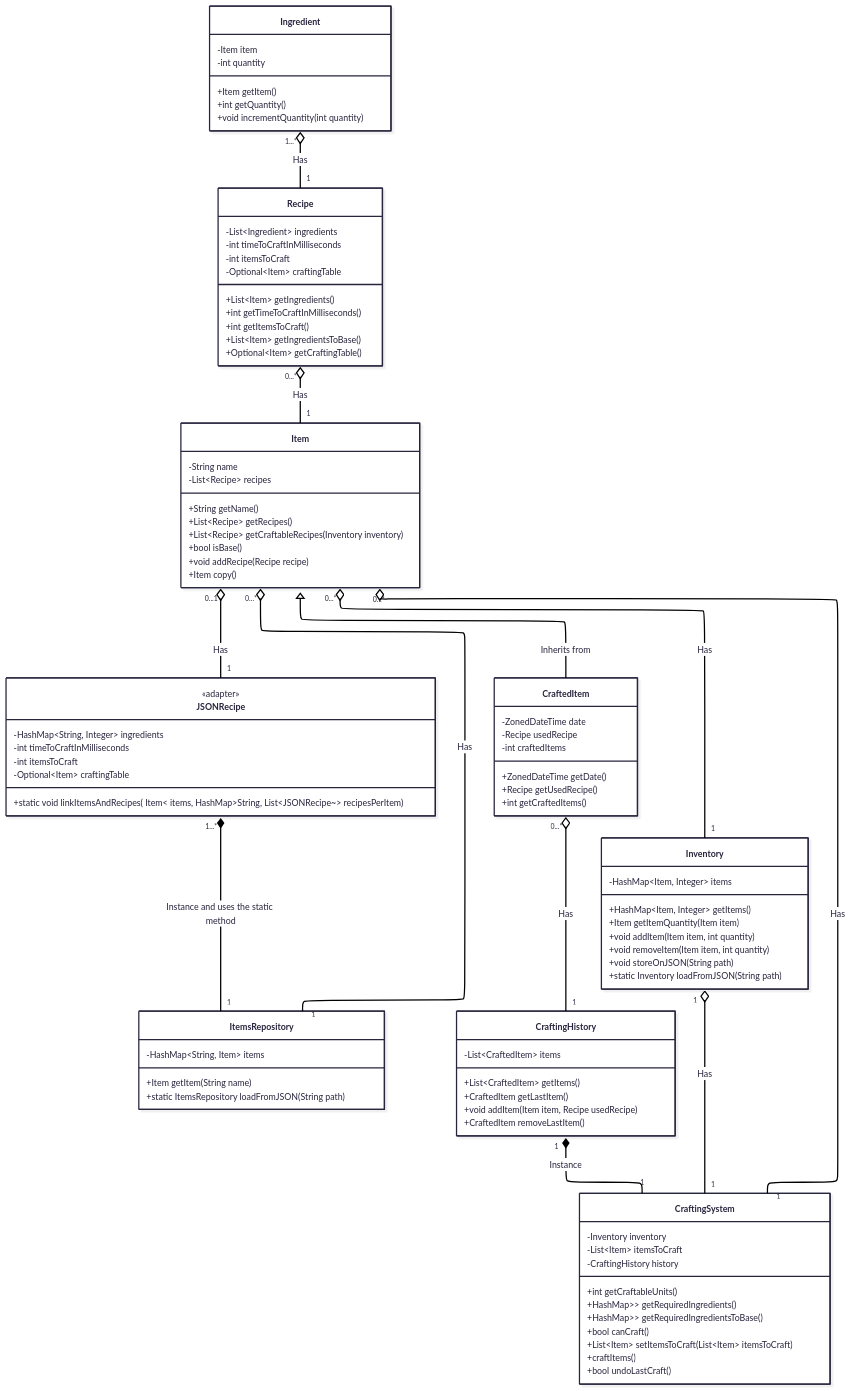
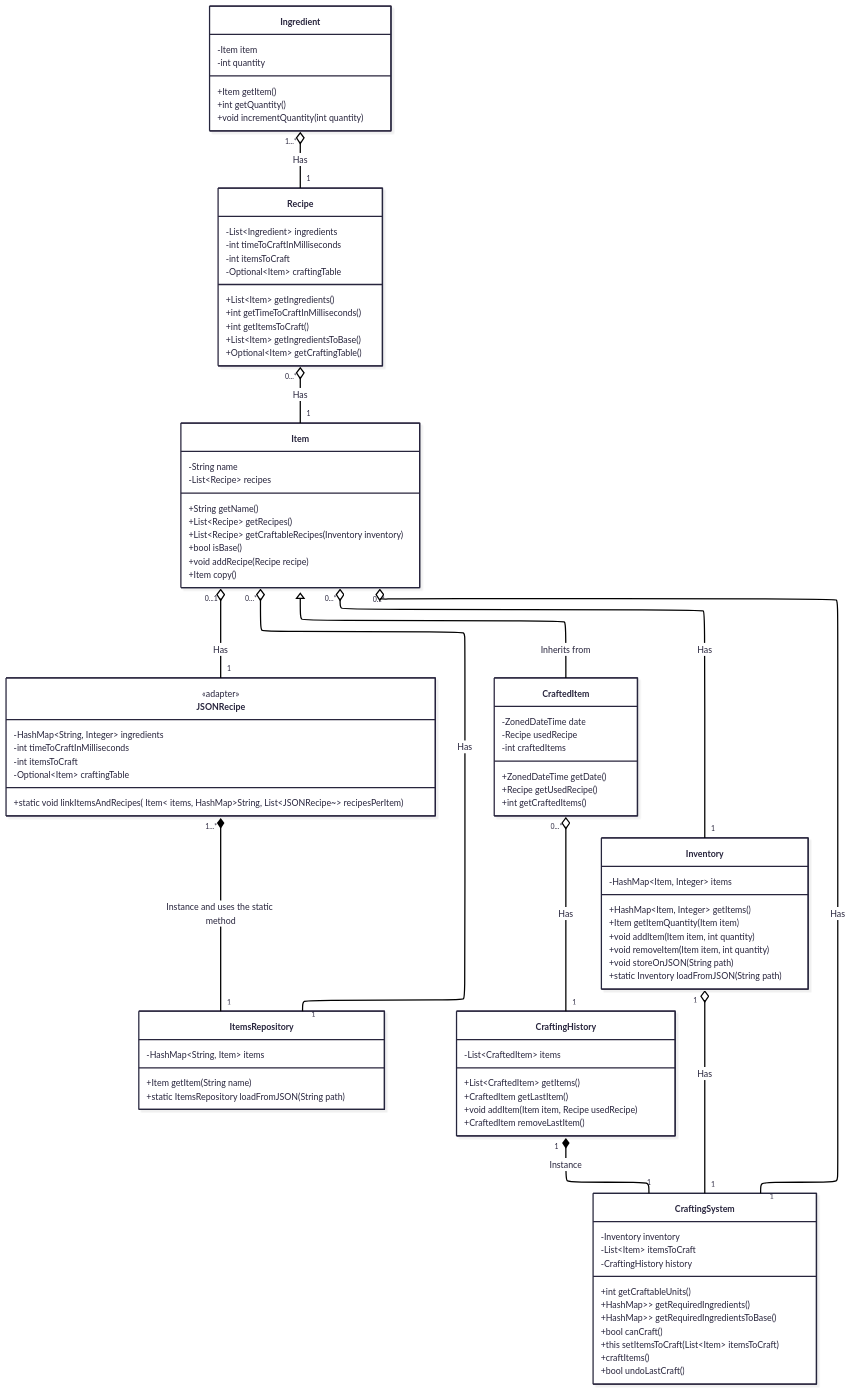
One commit to hozlucas28/Java-Practical-Work-2025 changed the first of 2 diagrams in README.md. Above: the diagram before and after it, drawn with Mermaid.

Commit message:
doc: fix class diagram method

```diff
--- a/README.md
+++ b/README.md
@@ -188,7 +188,7 @@
 	    +HashMap<Item, List<List<Ingredient>>> getRequiredIngredients()
 	    +HashMap<Item, List<List<Ingredient>>> getRequiredIngredientsToBase()
 	    +bool canCraft()
-	    +List~Item~ setItemsToCraft(List~Item~ itemsToCraft)
+	    +this setItemsToCraft(List~Item~ itemsToCraft)
 	    +craftItems()
 	    +bool undoLastCraft()
     }
```
